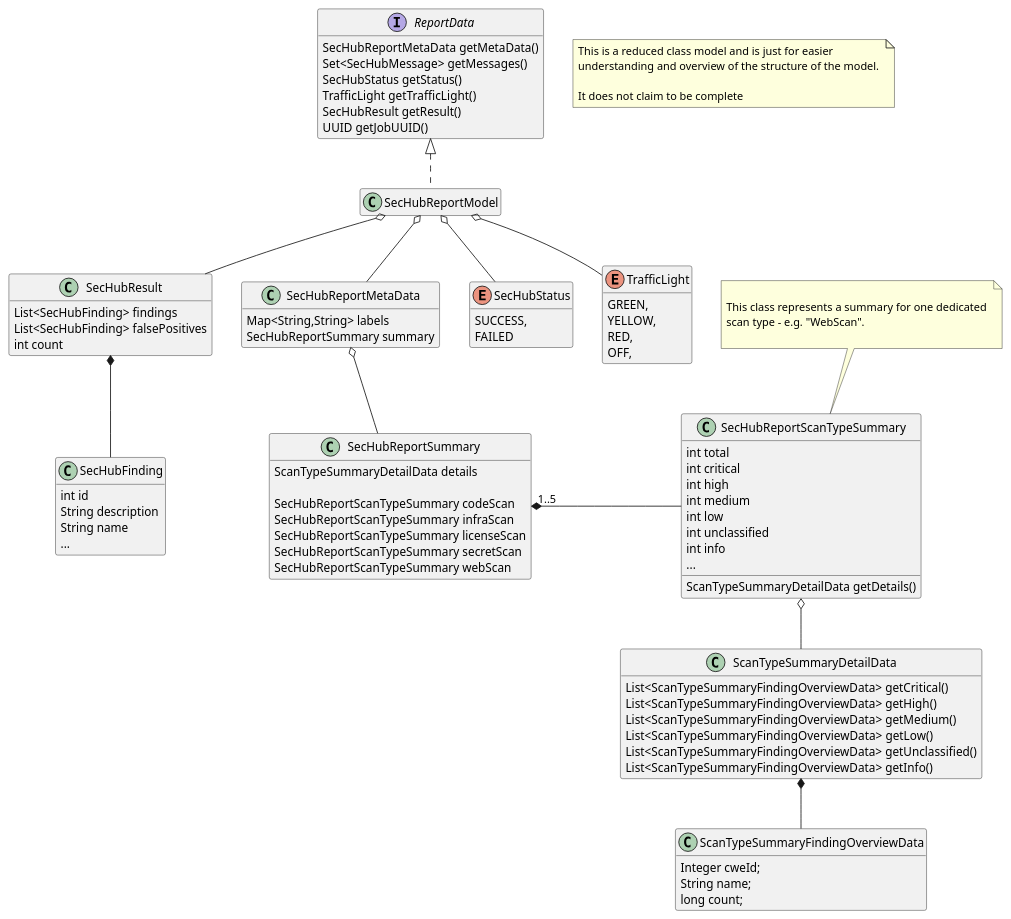
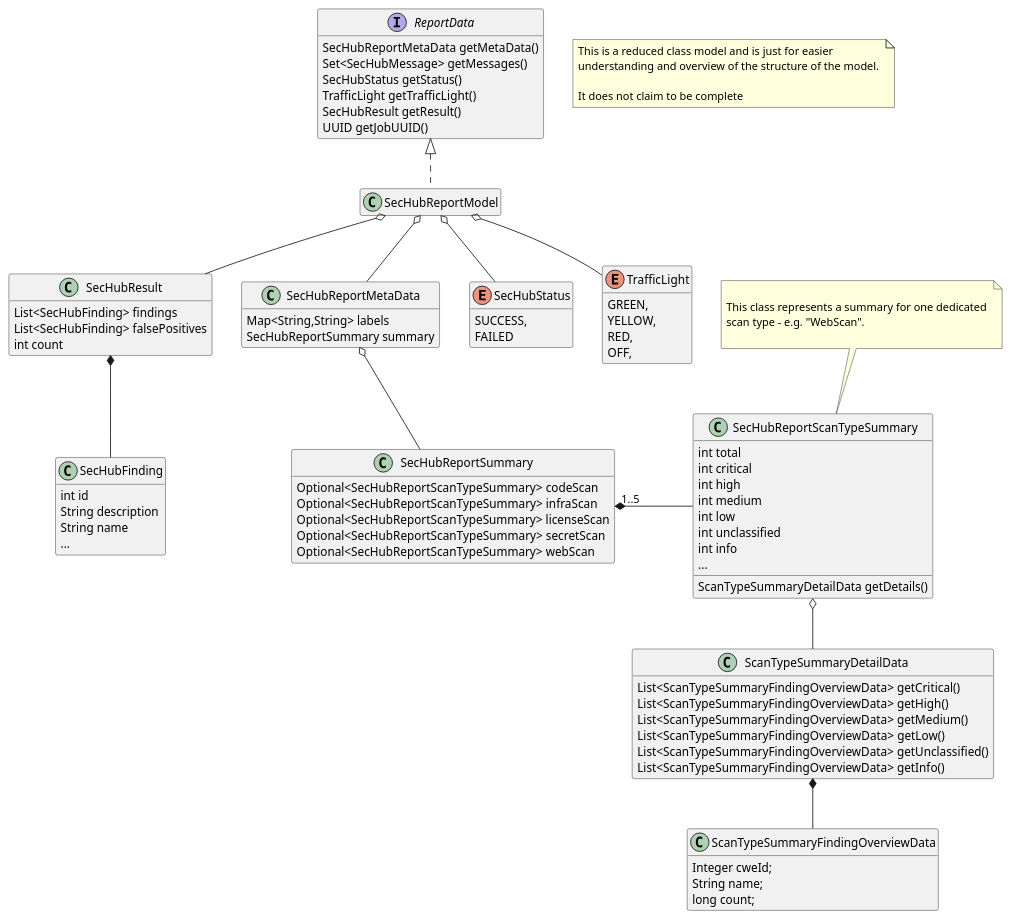
The diagram in sechub-doc/src/docs/asciidoc/diagrams/diagram_report_data_model.puml (mercedes-benz/sechub), drawn with PlantUML before and after one commit. The commit also changed 6 other files, not shown here.

```diff
--- a/sechub-doc/src/docs/asciidoc/diagrams/diagram_report_data_model.puml
+++ b/sechub-doc/src/docs/asciidoc/diagrams/diagram_report_data_model.puml
@@ -1,109 +1,108 @@
 'Hide empty parts:
 hide empty fields
 hide empty methods
 
 note as N1
  This is a reduced class model and is just for easier 
  understanding and overview of the structure of the model. 
  
  It does not claim to be complete
 end note
 
 interface ReportData {
     SecHubReportMetaData getMetaData() 
     Set<SecHubMessage> getMessages() 
     SecHubStatus getStatus()
     TrafficLight getTrafficLight()
     SecHubResult getResult()
     UUID getJobUUID() 
 }
 
 class SecHubResult{
     List<SecHubFinding> findings
     List<SecHubFinding> falsePositives
     int count 
 }
 
 class SecHubFinding {
     int id
     String description
     String name
     ...
 }
 
 class SecHubReportSummary {
-    ScanTypeSummaryDetailData details 
     
-    SecHubReportScanTypeSummary codeScan
-    SecHubReportScanTypeSummary infraScan
-    SecHubReportScanTypeSummary licenseScan
-    SecHubReportScanTypeSummary secretScan
-    SecHubReportScanTypeSummary webScan
+    Optional<SecHubReportScanTypeSummary> codeScan
+    Optional<SecHubReportScanTypeSummary> infraScan
+    Optional<SecHubReportScanTypeSummary> licenseScan
+    Optional<SecHubReportScanTypeSummary> secretScan
+    Optional<SecHubReportScanTypeSummary> webScan
 }
 class SecHubReportMetaData {
     Map<String,String> labels
     SecHubReportSummary summary 
 }
 class SecHubReportModel implements ReportData
 
 class SecHubReportScanTypeSummary{
     int total
     int critical
     int high
     int medium
     int low
     int unclassified
     int info
     ...
     ScanTypeSummaryDetailData getDetails()
     
 }
 
 class ScanTypeSummaryDetailData{
 
      List<ScanTypeSummaryFindingOverviewData> getCritical()
      List<ScanTypeSummaryFindingOverviewData> getHigh()
      List<ScanTypeSummaryFindingOverviewData> getMedium()
      List<ScanTypeSummaryFindingOverviewData> getLow()
      List<ScanTypeSummaryFindingOverviewData> getUnclassified()
      List<ScanTypeSummaryFindingOverviewData> getInfo()
 }
 
 class ScanTypeSummaryFindingOverviewData{
      Integer cweId;
      String name;
      long count;
 }
 
 enum SecHubStatus {
     SUCCESS,
     FAILED
 }
 
 enum TrafficLight{
     GREEN,
     YELLOW,
     RED,
     OFF,
 }
 
 SecHubReportModel o-- SecHubResult
 SecHubReportModel o-- TrafficLight
 SecHubReportModel o-- SecHubStatus
 SecHubReportModel o-- SecHubReportMetaData
 SecHubReportMetaData o-- SecHubReportSummary
 
 SecHubResult *-- SecHubFinding
 
 SecHubReportSummary "1..5" *- SecHubReportScanTypeSummary
 SecHubReportScanTypeSummary o-- ScanTypeSummaryDetailData
 ScanTypeSummaryDetailData *-- ScanTypeSummaryFindingOverviewData
 
 
 
 note top of SecHubReportScanTypeSummary
 
 This class represents a summary for one dedicated 
 scan type - e.g. "WebScan".
 
 end note
```
